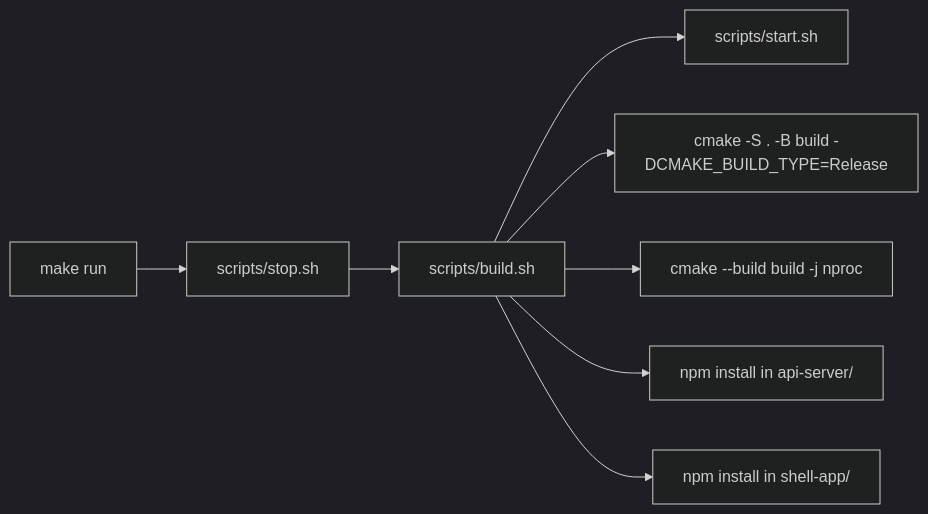
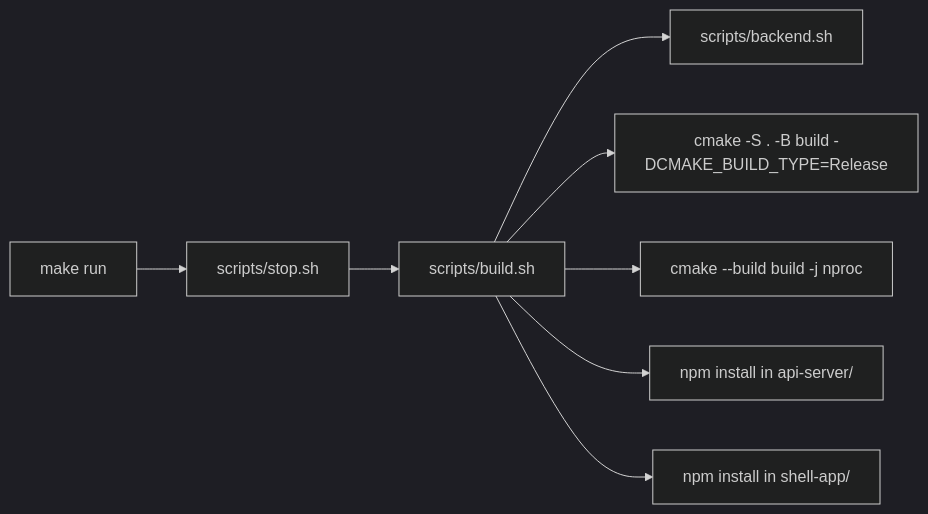
One commit to prawesh-12/serveInfer changed diagram 27 of 27 in docs/serveInfer_DOCUMENTATION.md. Above: the diagram before and after it, drawn with Mermaid (dark theme). The commit also changed other lines of this file and 1427 other files, not shown here.

````diff
--- a/docs/serveInfer_DOCUMENTATION.md
+++ b/docs/serveInfer_DOCUMENTATION.md
@@ -2019,10 +2019,10 @@
 ```mermaid
 flowchart LR
     RUN["make run"] --> STOP["scripts/stop.sh"]
     STOP --> BUILD["scripts/build.sh"]
-    BUILD --> START["scripts/start.sh"]
+    BUILD --> START["scripts/backend.sh"]
     BUILD --> C1["cmake -S . -B build -DCMAKE_BUILD_TYPE=Release"]
     BUILD --> C2["cmake --build build -j nproc"]
     BUILD --> C3["npm install in api-server/"]
     BUILD --> C4["npm install in shell-app/"]
 ```
````
